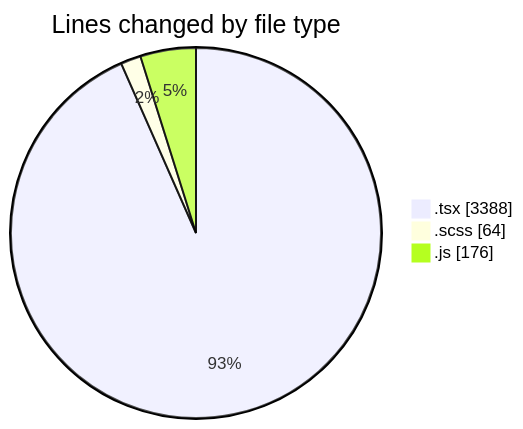
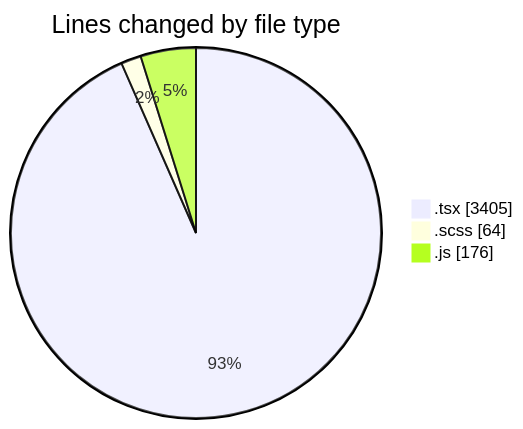
One commit to momahboobian/code-tracking changed the first of 2 diagrams in 2025-06-16/cda/README.md. Above: the diagram before and after it, drawn with Mermaid. The commit also changed other lines of this file and 1 other file, not shown here.

````diff
--- a/2025-06-16/cda/README.md
+++ b/2025-06-16/cda/README.md
@@ -35,7 +35,7 @@
 ```mermaid
 pie showData
 title Lines changed by file type
-".tsx" : 3388
+".tsx" : 3405
 ".scss" : 64
 ".js" : 176
 ```
````
